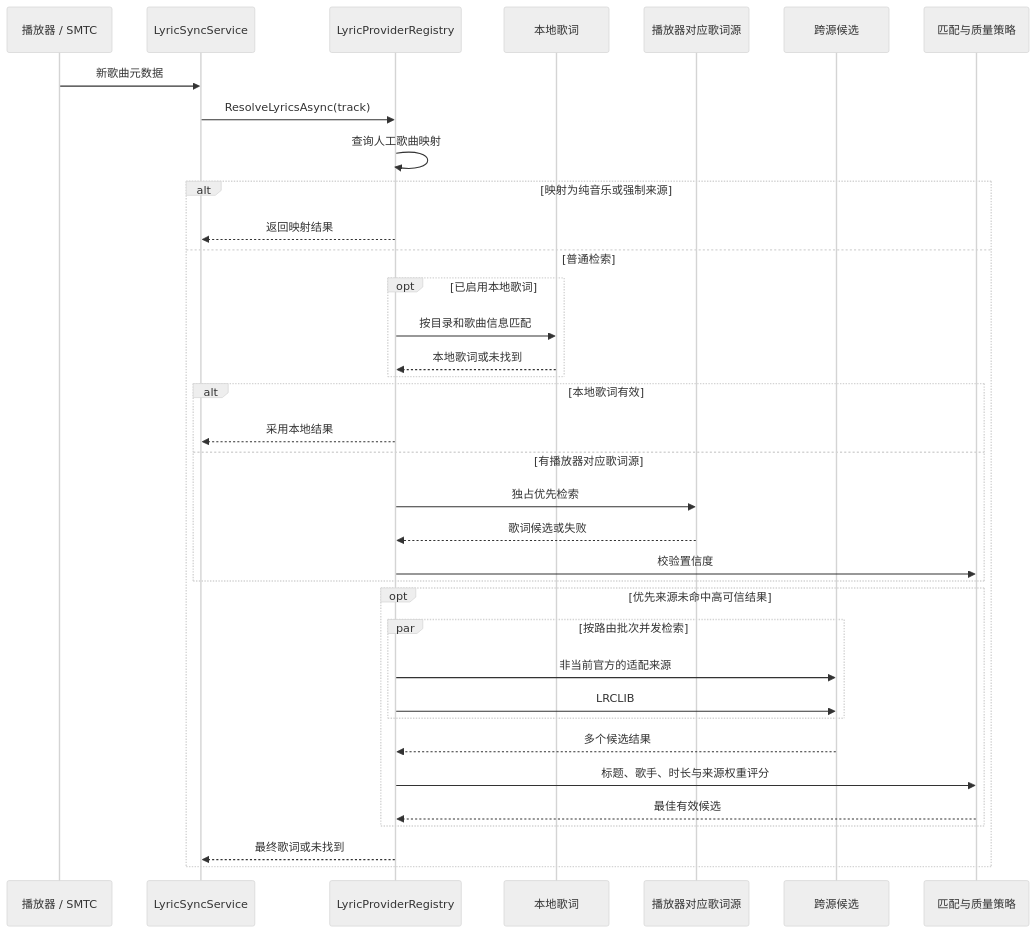
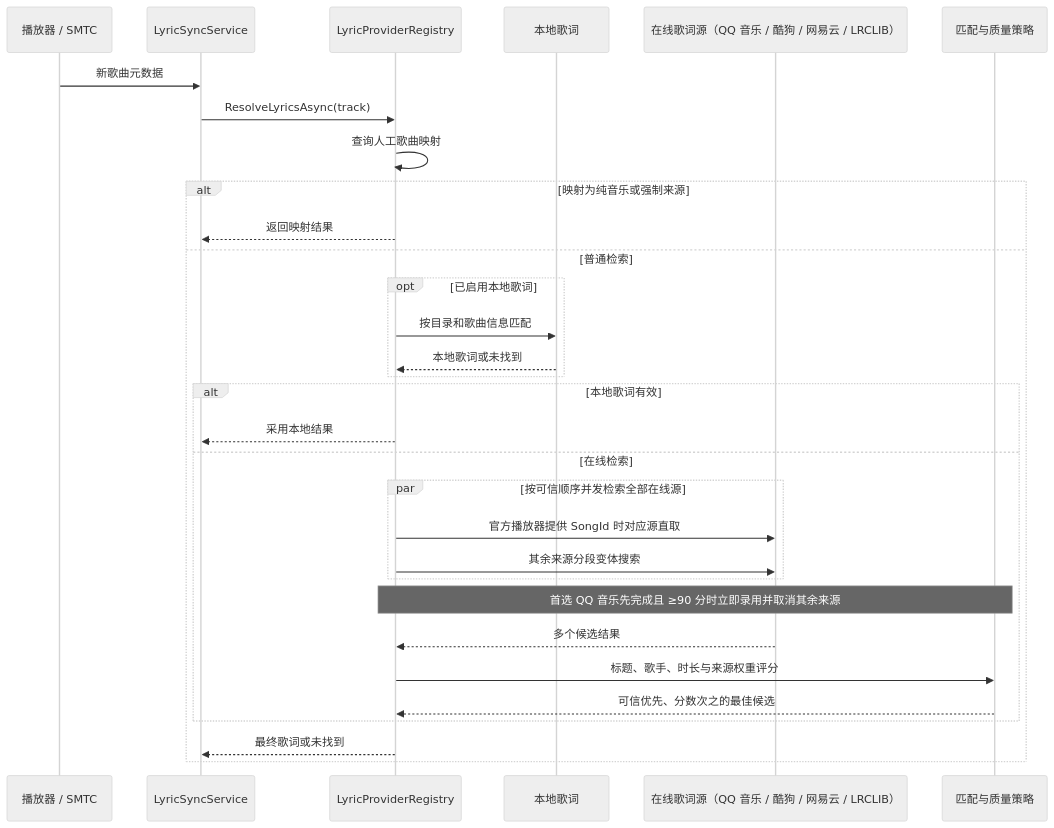
One commit to ANYNC/TaskbarLyrics changed the second of 2 diagrams in docs/功能与技术说明.md. Above: the diagram before and after it, drawn with Mermaid (neutral theme). The commit also changed other lines of this file and 6 other files, not shown here.

````diff
--- a/docs/功能与技术说明.md
+++ b/docs/功能与技术说明.md
@@ -112,39 +112,34 @@
 ```mermaid
 sequenceDiagram
     participant P as 播放器 / SMTC
     participant S as LyricSyncService
     participant R as LyricProviderRegistry
     participant L as 本地歌词
-    participant O as 播放器对应歌词源
-    participant F as 跨源候选
+    participant F as 在线歌词源（QQ 音乐 / 酷狗 / 网易云 / LRCLIB）
     participant C as 匹配与质量策略
 
     P->>S: 新歌曲元数据
     S->>R: ResolveLyricsAsync(track)
     R->>R: 查询人工歌曲映射
     alt 映射为纯音乐或强制来源
         R-->>S: 返回映射结果
     else 普通检索
         opt 已启用本地歌词
             R->>L: 按目录和歌曲信息匹配
             L-->>R: 本地歌词或未找到
         end
         alt 本地歌词有效
             R-->>S: 采用本地结果
-        else 有播放器对应歌词源
-            R->>O: 独占优先检索
-            O-->>R: 歌词候选或失败
-            R->>C: 校验置信度
-        end
-        opt 优先来源未命中高可信结果
-            par 按路由批次并发检索
-                R->>F: 非当前官方的适配来源
-                R->>F: LRCLIB
+        else 在线检索
+            par 按可信顺序并发检索全部在线源
+                R->>F: 官方播放器提供 SongId 时对应源直取
+                R->>F: 其余来源分段变体搜索
             end
+            note over R,C: 首选 QQ 音乐先完成且 ≥90 分时立即录用并取消其余来源
             F-->>R: 多个候选结果
             R->>C: 标题、歌手、时长与来源权重评分
-            C-->>R: 最佳有效候选
+            C-->>R: 可信优先、分数次之的最佳候选
         end
         R-->>S: 最终歌词或未找到
     end
 ```
````
